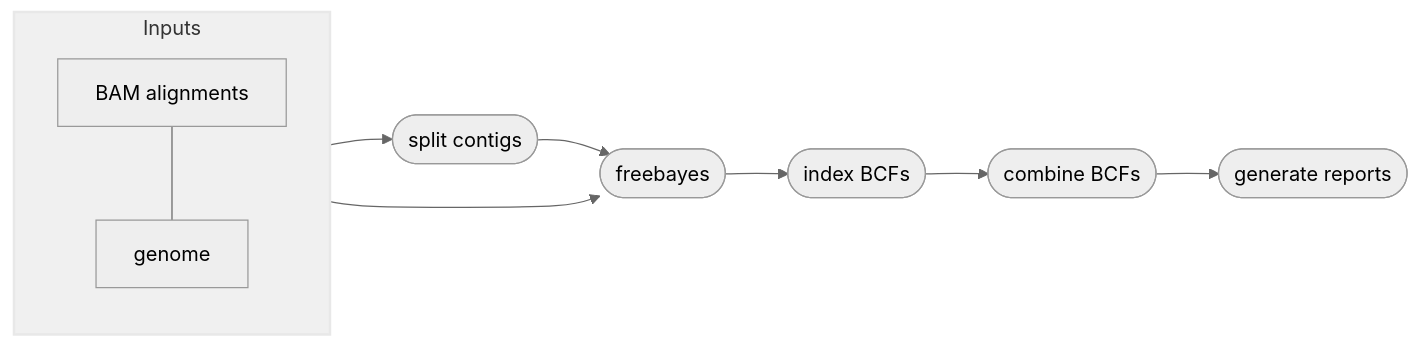
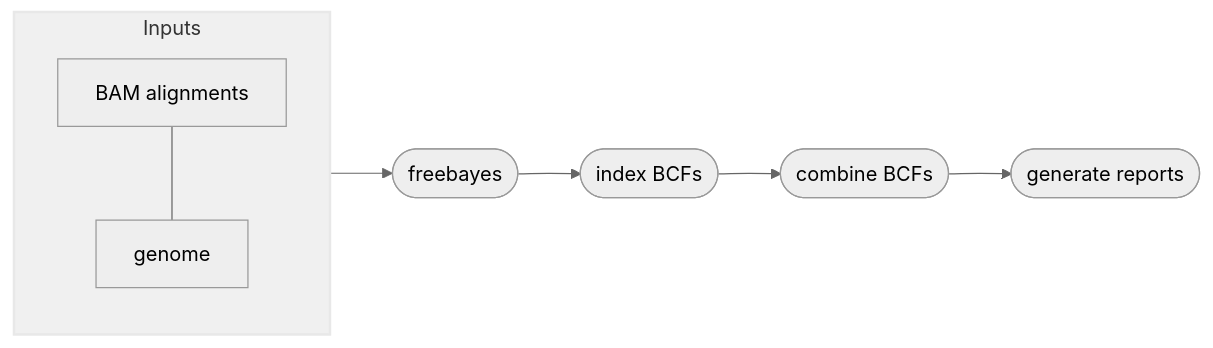
Before and after one commit to pdimens/harpy: the second of 2 diagrams in Modules/snp.md, drawn with Mermaid (neutral theme). The commit also changed other lines of this file, not shown here.

````diff
--- a/Modules/snp.md
+++ b/Modules/snp.md
@@ -147,12 +146,11 @@
 ```mermaid
 graph LR
     subgraph Inputs
         aln[BAM alignments]---gen[genome]
     end
-    Inputs --> B & A
-    A([split contigs]) --> B([freebayes])
+    Inputs --> B([freebayes])
     B-->D([index BCFs])
     D-->E([combine BCFs])
     E-->F([generate reports])
     style Inputs fill:#f0f0f0,stroke:#e8e8e8,stroke-width:2px
 ```
````
